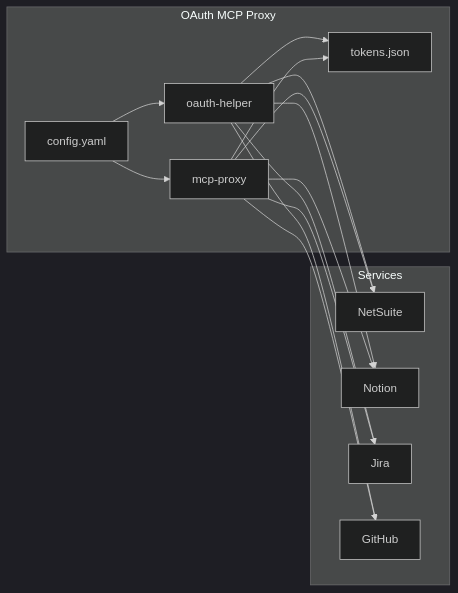
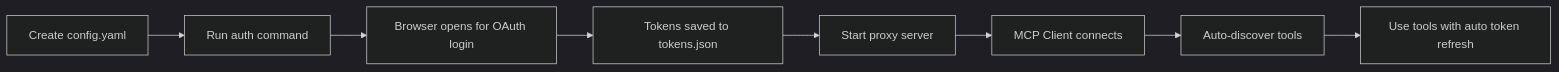
Before and after one commit to ShellOliver/oauth-mcp-proxy: the diagram in README.md, drawn with Mermaid (dark theme). The commit also changed other lines of this file and 1 other file, not shown here.

Commit message:
feat: Add MIT License and enhance README with new features and user flow

````diff
--- a/README.md
+++ b/README.md
@@ -211,30 +192,10 @@
 ```mermaid
-graph LR
-    subgraph "OAuth MCP Proxy"
-        config[config.yaml]
-        helper[oauth-helper]
-        proxy[mcp-proxy]
-        tokens[tokens.json]
-    end
-    
-    subgraph "Services"
-        netsuite[NetSuite]
-        notion[Notion]
-        jira[Jira]
-        github[GitHub]
-    end
-    
-    helper --> netsuite
-    helper --> notion
-    helper --> jira
-    helper --> github
-    
-    helper --> tokens
-    config --> helper
-    config --> proxy
-    proxy --> tokens
-    proxy --> netsuite
-    proxy --> notion
-    proxy --> jira
-    proxy --> github
+flowchart LR
+    A[Create config.yaml] --> B[Run auth command]
+    B --> C[Browser opens for OAuth login]
+    C --> D[Tokens saved to tokens.json]
+    D --> E[Start proxy server]
+    E --> F[MCP Client connects]
+    F --> G[Auto-discover tools]
+    G --> H[Use tools with auto token refresh]
 ```
````
